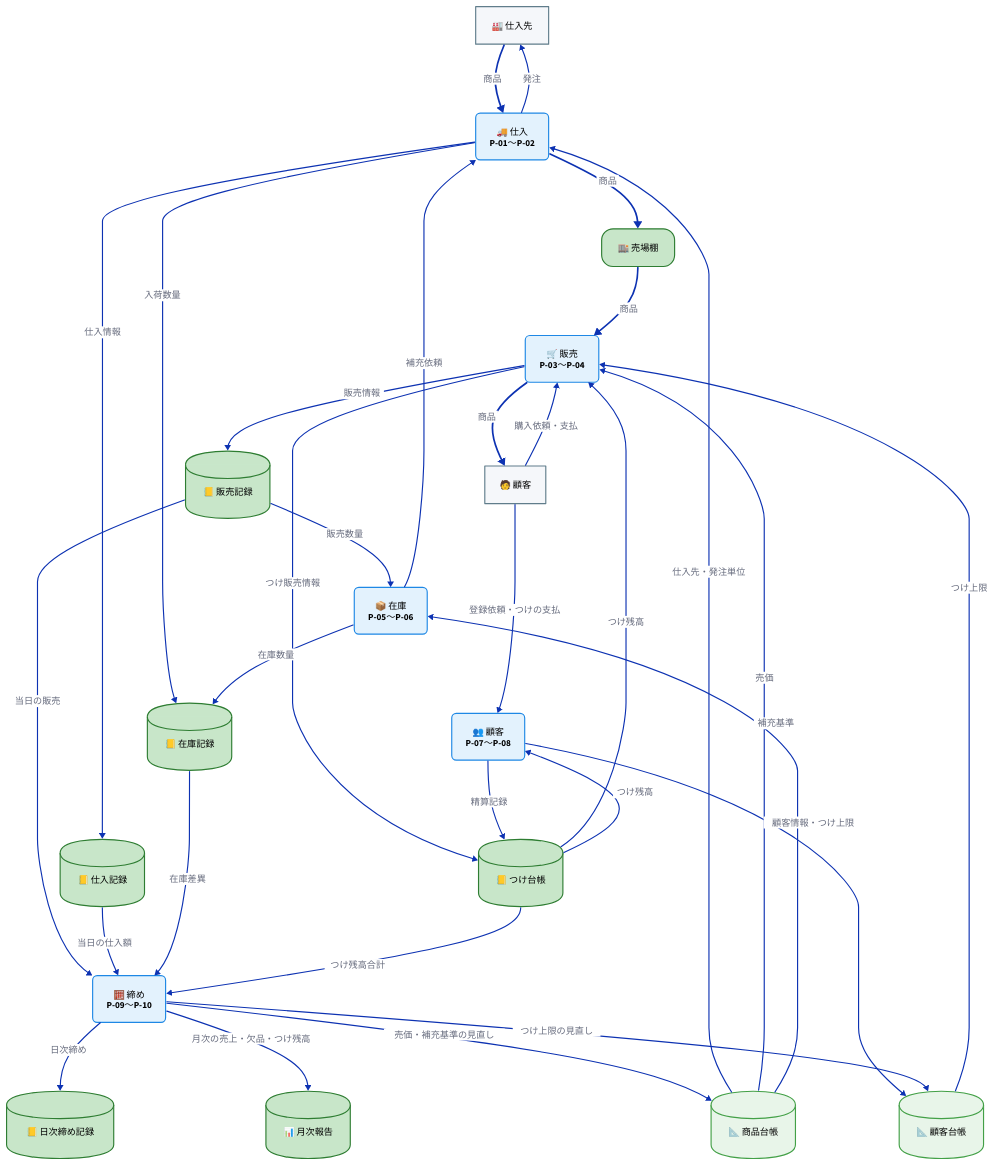
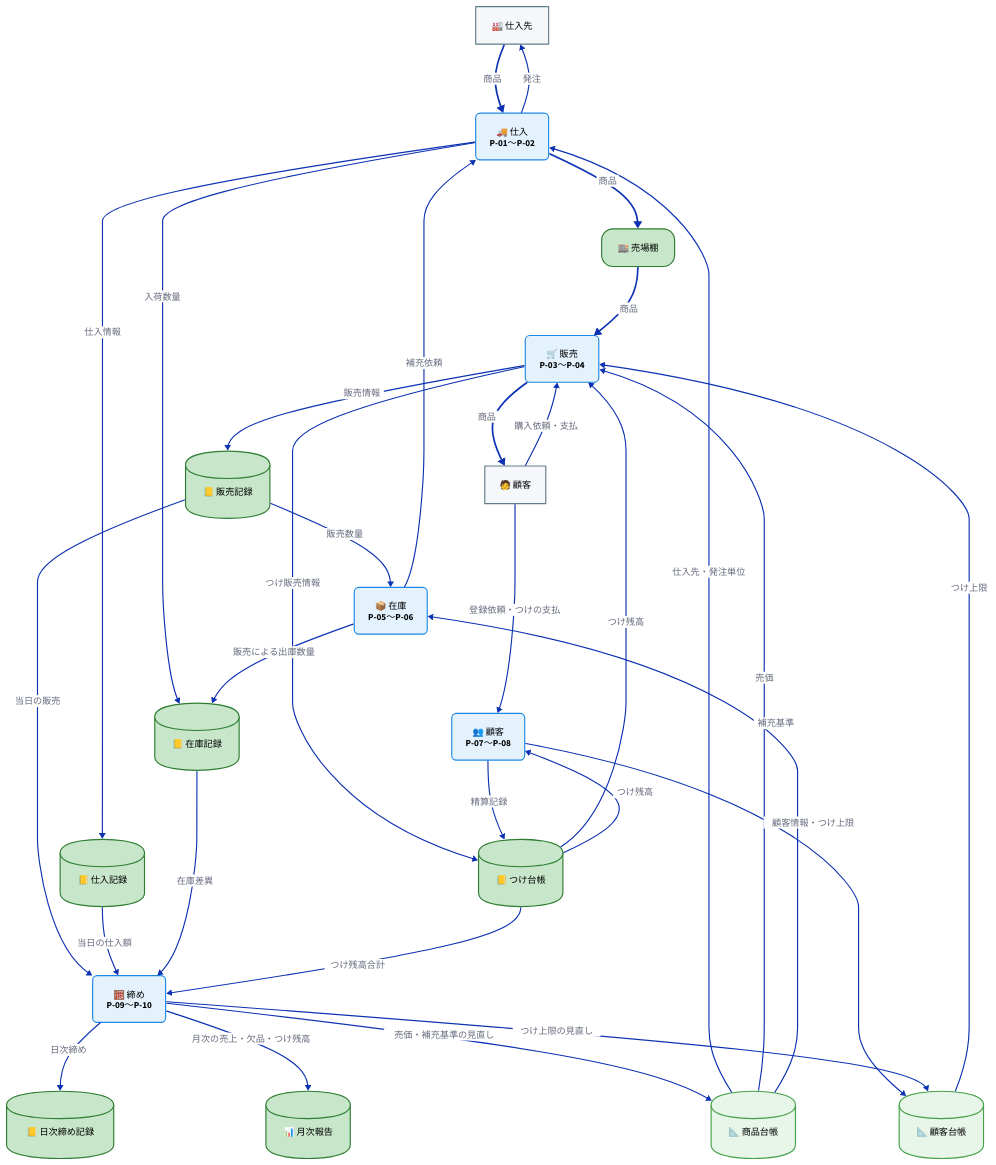
The first of 2 diagrams in docs/ja/specdojo/samples/cdfd-overview-sample.md (specdojo/specdojo), drawn with D2 before and after one commit. The commit also changed other lines of this file and 5 other files, not shown here.

```diff
--- a/docs/ja/specdojo/samples/cdfd-overview-sample.md
+++ b/docs/ja/specdojo/samples/cdfd-overview-sample.md
@@ -228,7 +228,7 @@
 sales -> credit_ledger: "つけ販売情報"
 sales_record -> inventory: "販売数量"
 product_master -> inventory: "補充基準"
-inventory -> inventory_record: "在庫数量"
+inventory -> inventory_record: "販売による出庫数量"
 customer -> customer_management: "登録依頼・つけの支払"
 credit_ledger -> customer_management: "つけ残高"
 customer_master <- customer_management: "顧客情報・つけ上限"
```
